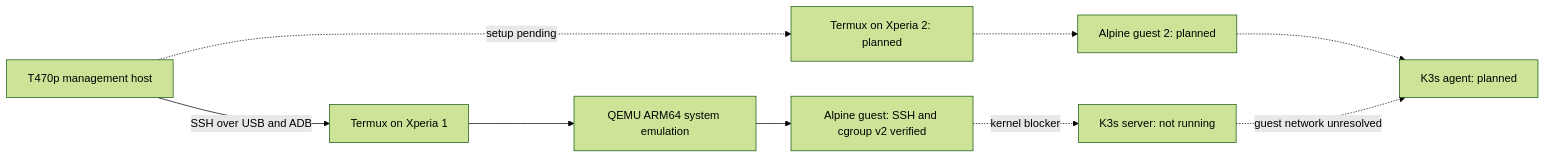
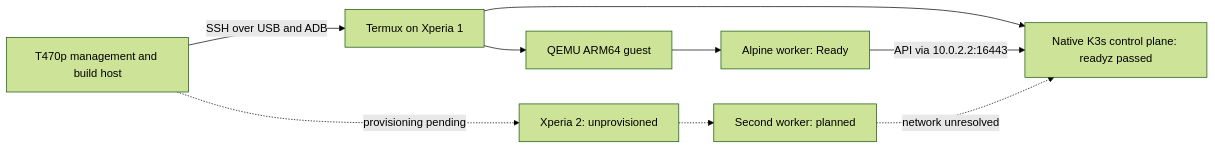
One commit to maciejszulia/agro-kubernetes changed the diagram in docs/architecture.md. Above: the diagram before and after it, drawn with Mermaid (forest theme). The commit also changed other lines of this file and 14 other files, not shown here.

Commit message:
feat: add native control plane and scoped ARM64 lab images

````diff
--- a/docs/architecture.md
+++ b/docs/architecture.md
@@ -9,11 +12,11 @@
 ```mermaid
 flowchart LR
-    host[T470p management host] -->|SSH over USB and ADB| phone1[Termux on Xperia 1]
-    phone1 --> qemu1[QEMU ARM64 system emulation]
-    qemu1 --> guest1[Alpine guest: SSH and cgroup v2 verified]
-    guest1 -. kernel blocker .-> server[K3s server: not running]
-    host -. setup pending .-> phone2[Termux on Xperia 2: planned]
-    phone2 -.-> guest2[Alpine guest 2: planned]
-    guest2 -.-> node2[K3s agent: planned]
-    server -. guest network unresolved .-> node2
+    host[T470p management and build host] -->|SSH over USB and ADB| termux[Termux on Xperia 1]
+    termux --> control[Native K3s control plane: readyz passed]
+    termux --> qemu[QEMU ARM64 guest]
+    qemu --> worker[Alpine worker: Ready]
+    worker -->|API via 10.0.2.2:16443| control
+    host -. provisioning pending .-> phone2[Xperia 2: unprovisioned]
+    phone2 -.-> worker2[Second worker: planned]
+    worker2 -. network unresolved .-> control
 ```
````
